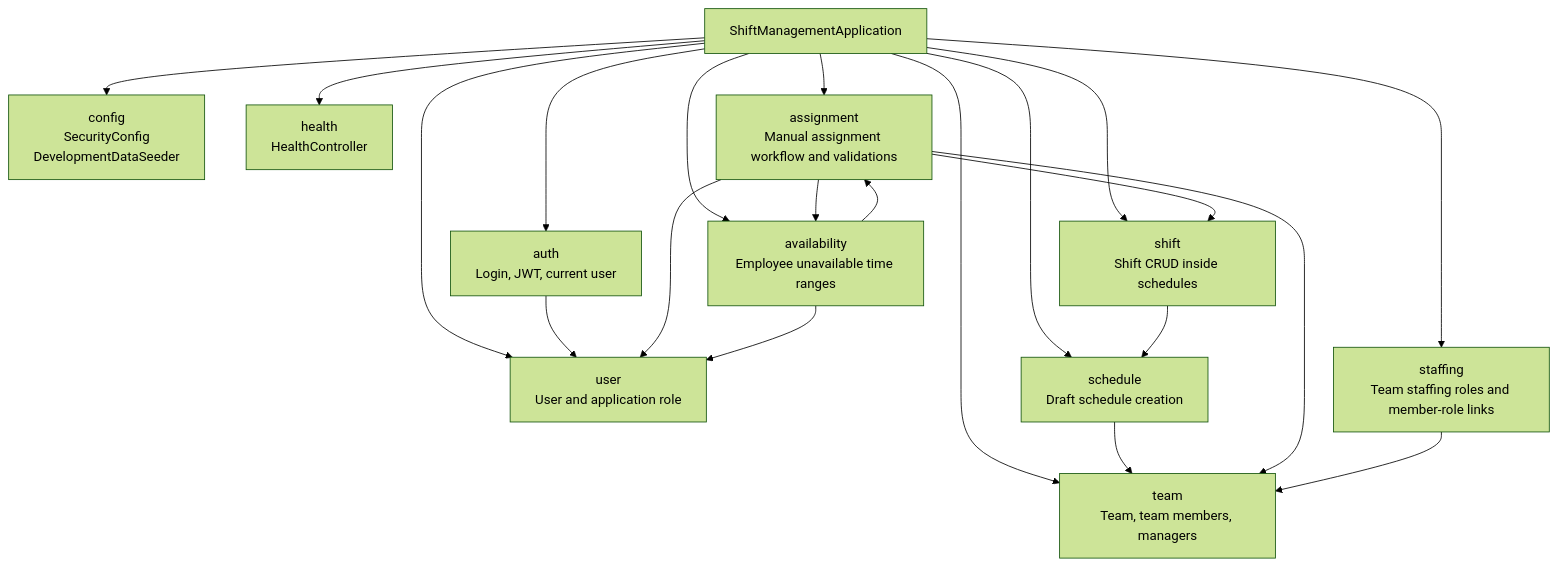
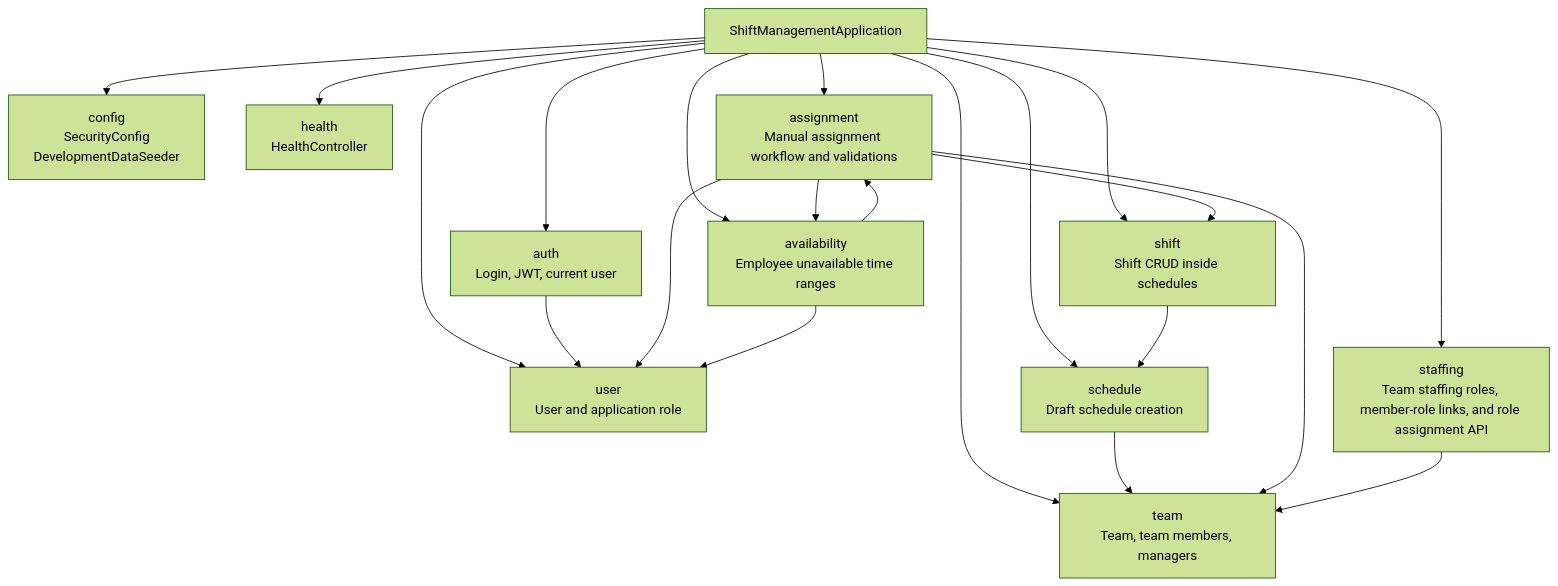
The second of 9 diagrams in docs/current-backend-architecture.md (HiliMor/shift-management-system), drawn with Mermaid (forest theme) before and after one commit. The commit also changed other lines of this file and 9 other files, not shown here.

Commit message:
Add employee staffing role assignment API

````diff
--- a/docs/current-backend-architecture.md
+++ b/docs/current-backend-architecture.md
@@ -30,37 +30,37 @@
 ```mermaid
 flowchart TD
     app["ShiftManagementApplication"]
 
     config["config<br/>SecurityConfig<br/>DevelopmentDataSeeder"]
     health["health<br/>HealthController"]
     auth["auth<br/>Login, JWT, current user"]
     user["user<br/>User and application role"]
     team["team<br/>Team, team members, managers"]
     schedule["schedule<br/>Draft schedule creation"]
     shift["shift<br/>Shift CRUD inside schedules"]
     assignment["assignment<br/>Manual assignment workflow and validations"]
     availability["availability<br/>Employee unavailable time ranges"]
-    staffing["staffing<br/>Team staffing roles and member-role links"]
+    staffing["staffing<br/>Team staffing roles, member-role links, and role assignment API"]
 
     app --> config
     app --> health
     app --> auth
     app --> user
     app --> team
     app --> schedule
     app --> shift
     app --> assignment
     app --> availability
     app --> staffing
 
     auth --> user
     schedule --> team
     shift --> schedule
     assignment --> shift
     assignment --> team
     assignment --> user
     assignment --> availability
     availability --> user
     availability --> assignment
     staffing --> team
 ```
````
